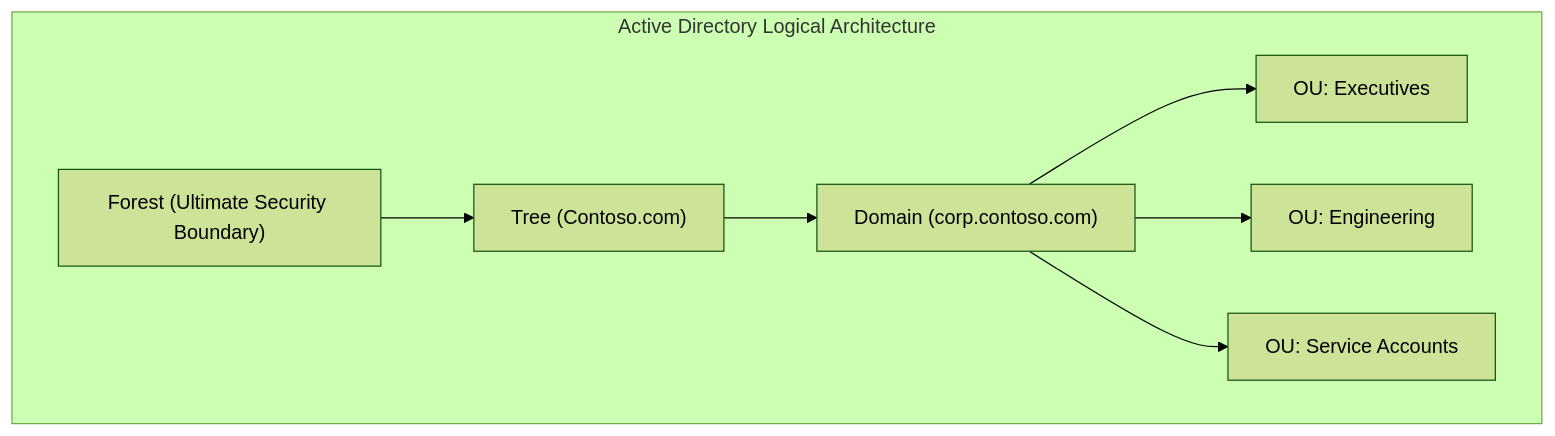
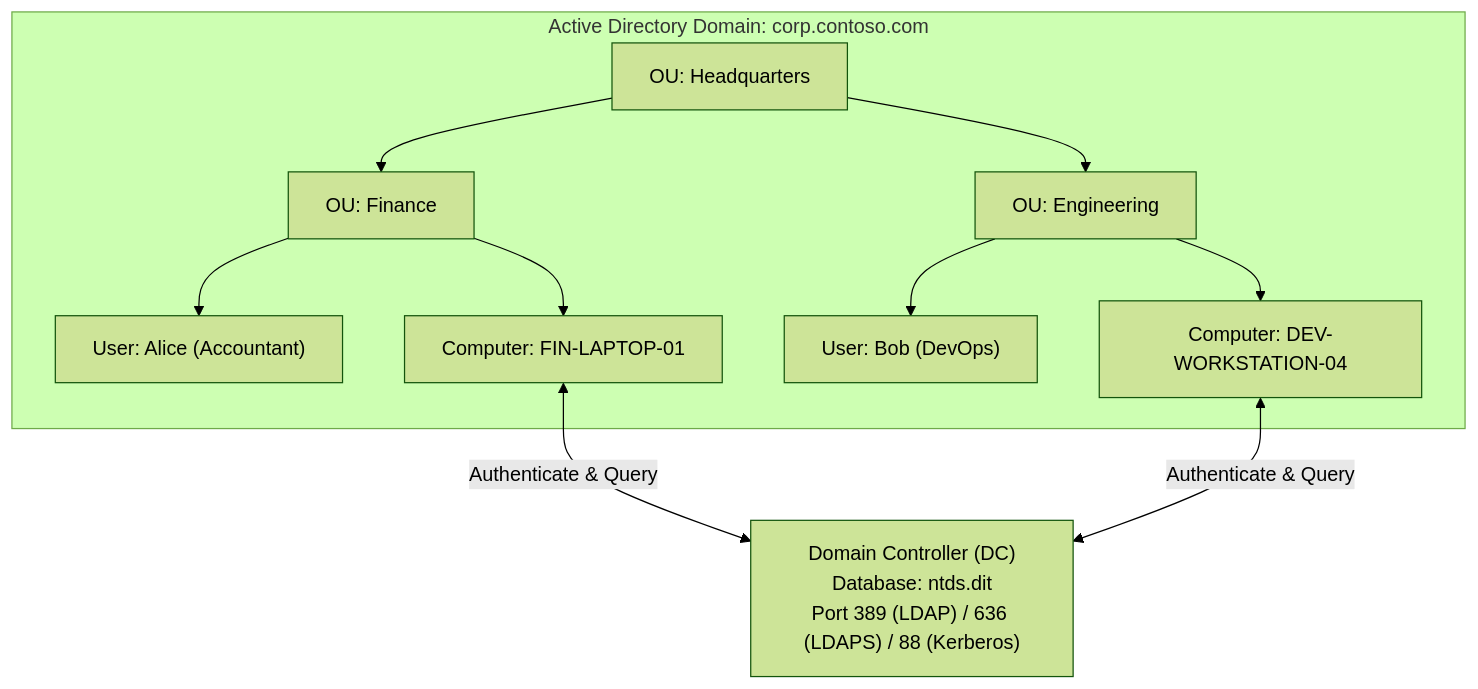
One commit to varunks04/CBS-Roleplay changed the first of 2 diagrams in IAM/03_Technologies_and_Protocols/01_Active_Directory_and_LDAP.md. Above: the diagram before and after it, drawn with Mermaid (forest theme). The commit also changed other lines of this file and 37 other files, not shown here.

````diff
--- a/IAM/03_Technologies_and_Protocols/01_Active_Directory_and_LDAP.md
+++ b/IAM/03_Technologies_and_Protocols/01_Active_Directory_and_LDAP.md
@@ -21,17 +31,17 @@
 ```mermaid
 graph TD
-    subgraph "Active Directory Logical Architecture"
-        Forest["Forest (Ultimate Security Boundary)"]
-        Tree["Tree (Contoso.com)"]
-        Domain["Domain (corp.contoso.com)"]
-        OU1["OU: Executives"]
-        OU2["OU: Engineering"]
-        OU3["OU: Service Accounts"]
+    DC["Domain Controller (DC)<br/>Database: ntds.dit<br/>Port 389 (LDAP) / 636 (LDAPS) / 88 (Kerberos)"]
+    
+    subgraph "Active Directory Domain: corp.contoso.com"
+        OU1["OU: Headquarters"] --> OU2["OU: Finance"]
+        OU1 --> OU3["OU: Engineering"]
+        
+        OU2 --> User1["User: Alice (Accountant)"]
+        OU2 --> PC1["Computer: FIN-LAPTOP-01"]
+        OU3 --> User2["User: Bob (DevOps)"]
+        OU3 --> PC2["Computer: DEV-WORKSTATION-04"]
+    end
 
-        Forest --> Tree
-        Tree --> Domain
-        Domain --> OU1
-        Domain --> OU2
-        Domain --> OU3
-    end
+    PC1 <-->|"Authenticate & Query"| DC
+    PC2 <-->|"Authenticate & Query"| DC
 ```
````
